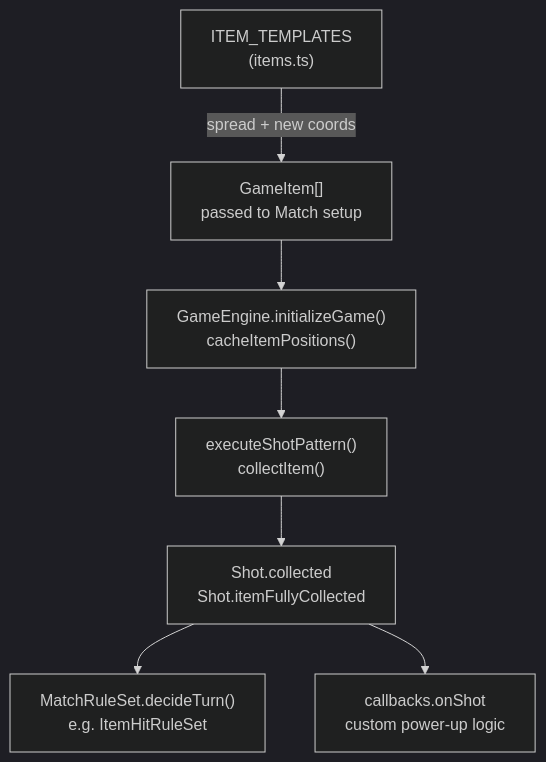
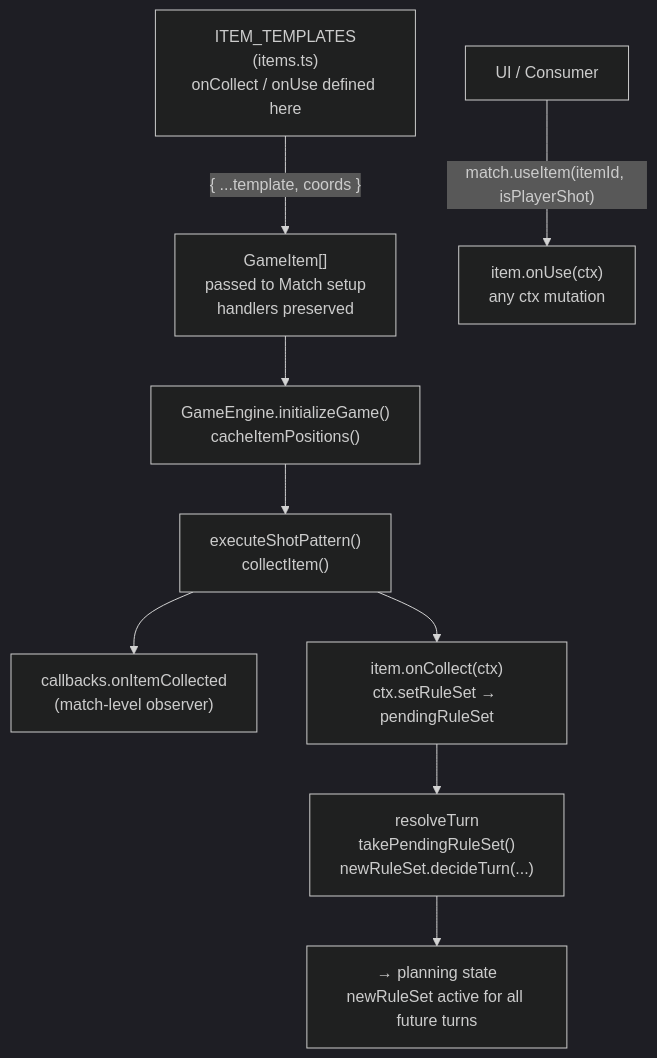
The third of 3 diagrams in docs/extension-guide.md (alexsantos-eth/armada-engine), drawn with Mermaid (dark theme) before and after one commit. The commit also changed other lines of this file and 10 other files, not shown here.

````diff
--- a/docs/extension-guide.md
+++ b/docs/extension-guide.md
@@ -640,10 +715,13 @@
 ```mermaid
 flowchart TD
-    IT["ITEM_TEMPLATES\n(items.ts)"]
-    IT -->|"spread + new coords"| PLACE["GameItem[]\npassed to Match setup"]
+    IT["ITEM_TEMPLATES\n(items.ts)\nonCollect / onUse defined here"]
+    IT -->|"{ ...template, coords }"| PLACE["GameItem[]\npassed to Match setup\nhandlers preserved"]
     PLACE --> INIT["GameEngine.initializeGame()\ncacheItemPositions()"]
     INIT --> SHOT["executeShotPattern()\ncollectItem()"]
-    SHOT --> RESULT["Shot.collected\nShot.itemFullyCollected"]
-    RESULT --> RS["MatchRuleSet.decideTurn()\ne.g. ItemHitRuleSet"]
-    RESULT --> CB["callbacks.onShot\ncustom power-up logic"]
+    SHOT --> CB_GLOBAL["callbacks.onItemCollected\n(match-level observer)"]
+    SHOT --> ON_COLLECT["item.onCollect(ctx)\nctx.setRuleSet → pendingRuleSet"]
+    ON_COLLECT --> RESOLVE["resolveTurn\ntakePendingRuleSet()\nnewRuleSet.decideTurn(...)"]
+    RESOLVE --> PLAN["→ planning state\nnewRuleSet active for all future turns"]
+
+    UI["UI / Consumer"] -->|"match.useItem(itemId, isPlayerShot)"| ON_USE["item.onUse(ctx)\nany ctx mutation"]
 ```
````
